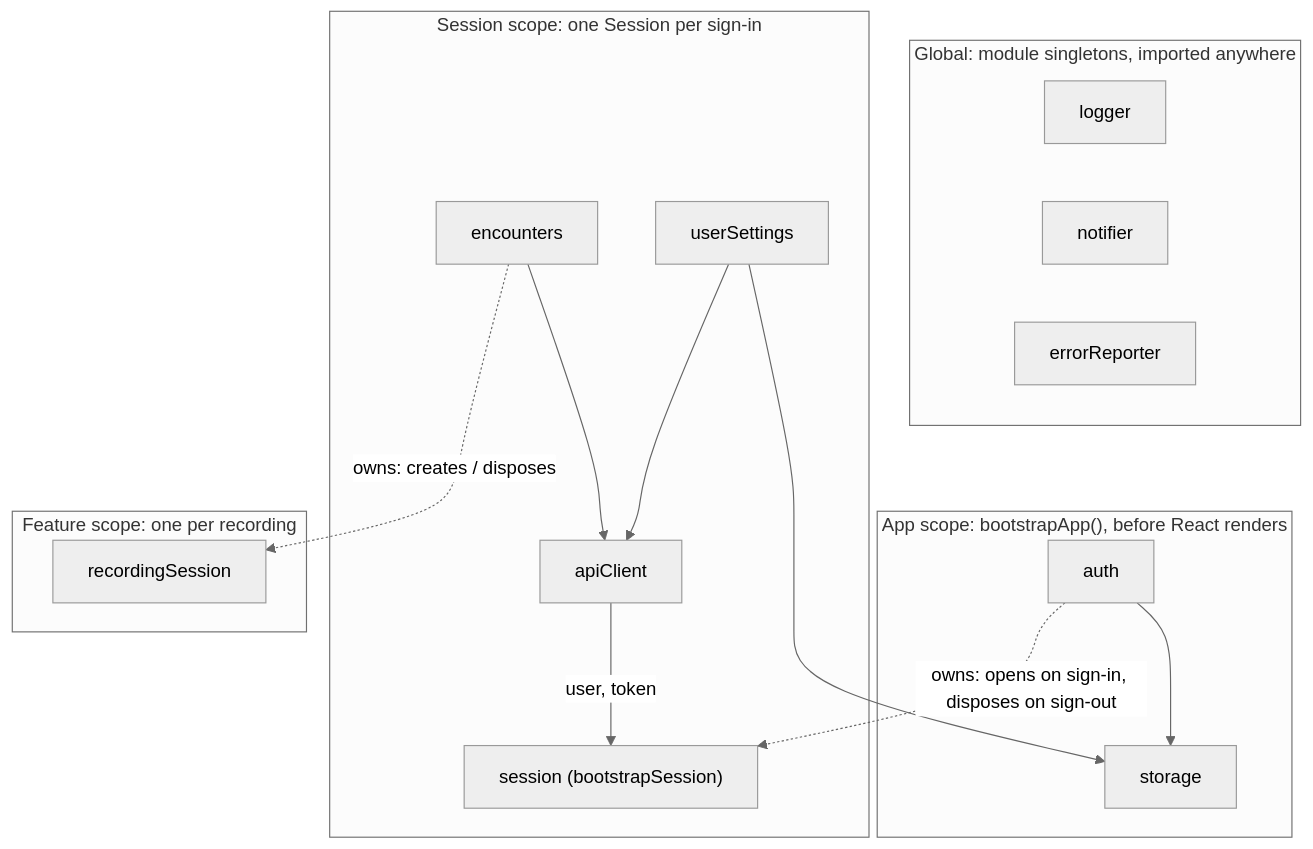
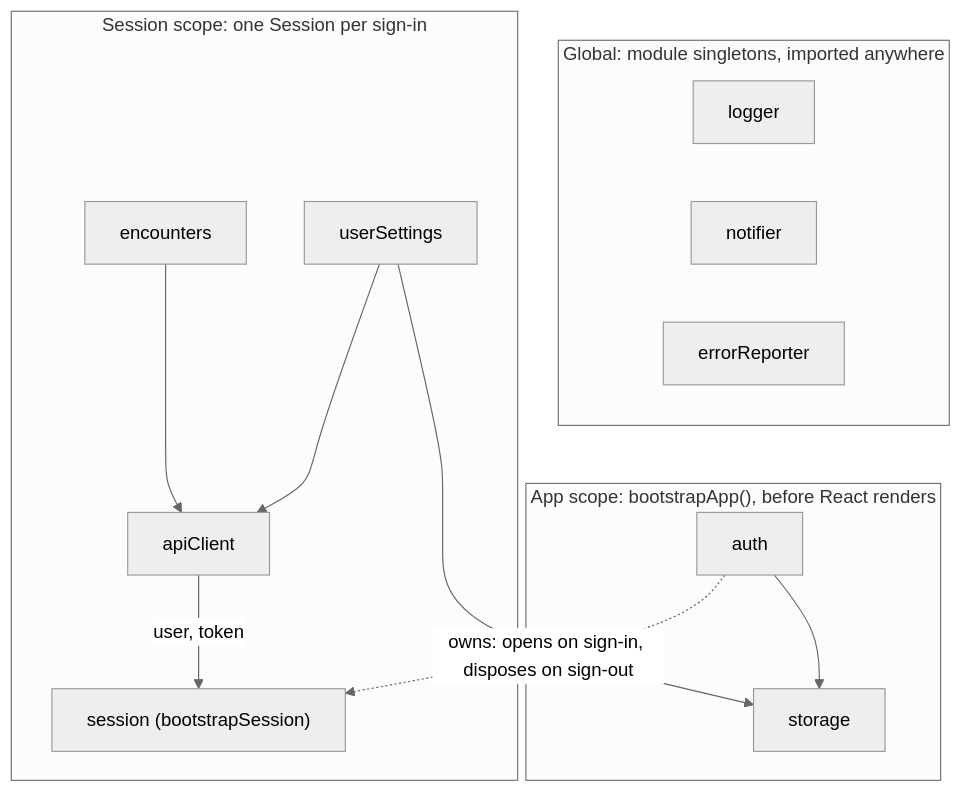
The diagram in README.md (pmdartus/react-app-services), drawn with Mermaid (neutral theme) before and after one commit. The commit also changed other lines of this file and 27 other files, not shown here.

First line of the commit message:
Remove the recording feature scope, let globals be created by their init

````diff
--- a/README.md
+++ b/README.md
@@ -77,28 +87,23 @@
 ```mermaid
 flowchart TD
   subgraph global["Global: module singletons, imported anywhere"]
     logger
     notifier
     errorReporter
   end
 
   subgraph app["App scope: bootstrapApp(), before React renders"]
     storage
     auth --> storage
   end
 
   subgraph sess["Session scope: one Session per sign-in"]
     session["session (bootstrapSession)"]
     apiClient --> |user, token| session
     userSettings --> apiClient
     userSettings --> storage
     encounters --> apiClient
   end
 
-  subgraph feat["Feature scope: one per recording"]
-    recordingSession
-  end
-
   auth -. owns: opens on sign-in, disposes on sign-out .-> session
-  encounters -. owns: creates / disposes .-> recordingSession
 ```
````
